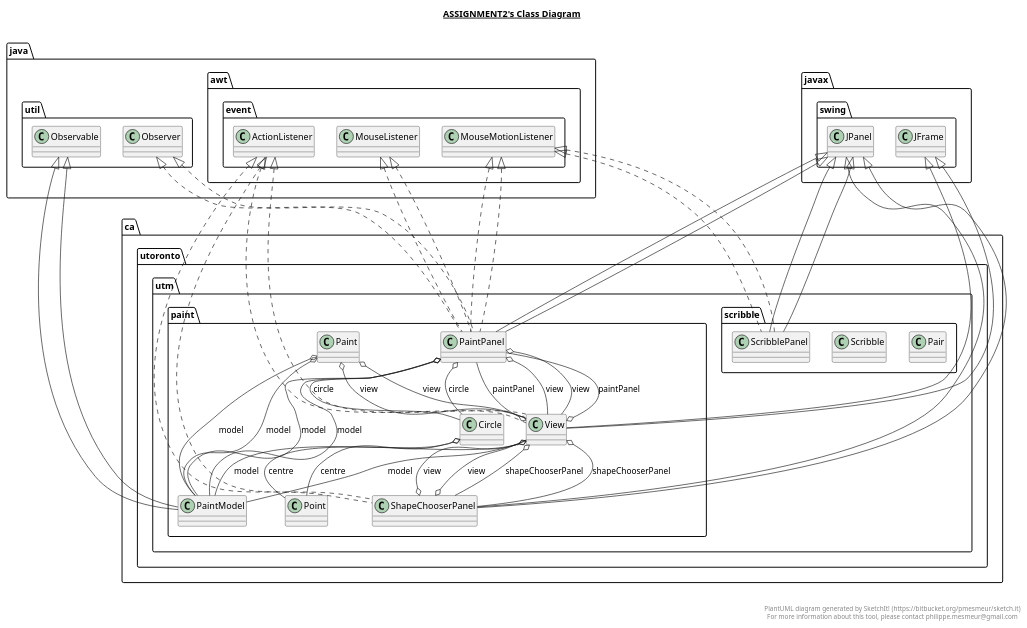
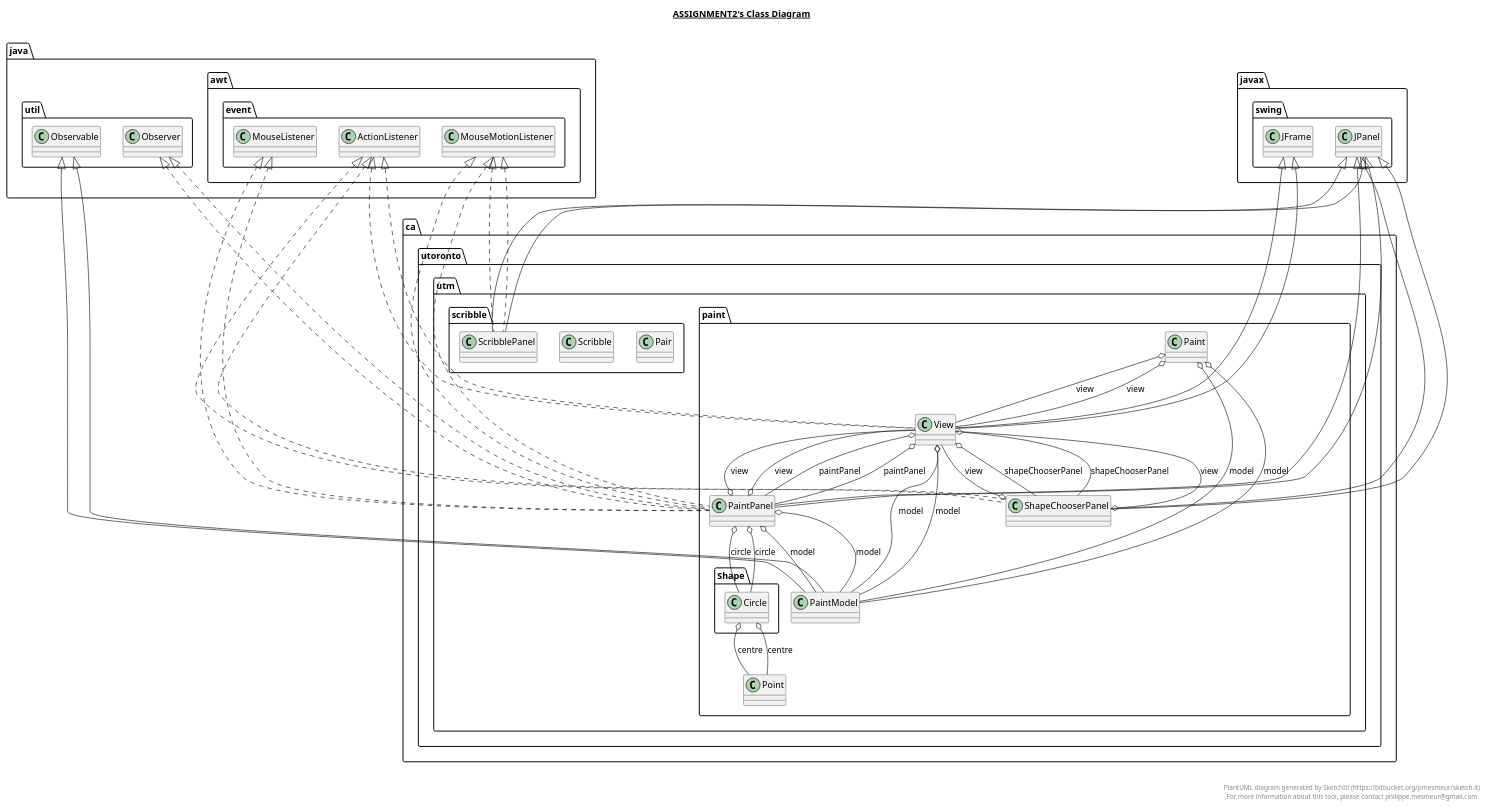
The diagram in Assignment2/Assignment2.plantuml (Lost-Accountant/CSC207), drawn with PlantUML before and after one commit. The commit also changed 24 other files, not shown here.

```diff
--- a/Assignment2/Assignment2.plantuml
+++ b/Assignment2/Assignment2.plantuml
@@ -1,176 +1,176 @@
 @startuml
 
 title __ASSIGNMENT2's Class Diagram__\n
 
   namespace ca.utoronto.utm.paint {
-    class ca.utoronto.utm.paint.Circle {
+    class ca.utoronto.utm.paint.Shape.Circle {
     }
   }
   
 
   namespace ca.utoronto.utm.paint {
-    class ca.utoronto.utm.paint.Circle {
+    class ca.utoronto.utm.paint.Shape.Circle {
     }
   }
   
 
   namespace ca.utoronto.utm.paint {
     class ca.utoronto.utm.paint.Paint {
     }
   }
   
 
   namespace ca.utoronto.utm.paint {
     class ca.utoronto.utm.paint.Paint {
     }
   }
   
 
   namespace ca.utoronto.utm.paint {
     class ca.utoronto.utm.paint.PaintModel {
     }
   }
   
 
   namespace ca.utoronto.utm.paint {
     class ca.utoronto.utm.paint.PaintModel {
     }
   }
   
 
   namespace ca.utoronto.utm.paint {
     class ca.utoronto.utm.paint.PaintPanel {
     }
   }
   
 
   namespace ca.utoronto.utm.paint {
     class ca.utoronto.utm.paint.PaintPanel {
     }
   }
   
 
   namespace ca.utoronto.utm.paint {
     class ca.utoronto.utm.paint.Point {
     }
   }
   
 
   namespace ca.utoronto.utm.paint {
     class ca.utoronto.utm.paint.Point {
     }
   }
   
 
   namespace ca.utoronto.utm.paint {
     class ca.utoronto.utm.paint.ShapeChooserPanel {
     }
   }
   
 
   namespace ca.utoronto.utm.paint {
     class ca.utoronto.utm.paint.ShapeChooserPanel {
     }
   }
   
 
   namespace ca.utoronto.utm.paint {
     class ca.utoronto.utm.paint.View {
     }
   }
   
 
   namespace ca.utoronto.utm.paint {
     class ca.utoronto.utm.paint.View {
     }
   }
   
 
   namespace ca.utoronto.utm.scribble {
     class ca.utoronto.utm.scribble.Pair {
     }
   }
   
 
   namespace ca.utoronto.utm.scribble {
     class ca.utoronto.utm.scribble.Pair {
     }
   }
   
 
   namespace ca.utoronto.utm.scribble {
     class ca.utoronto.utm.scribble.Scribble {
     }
   }
   
 
   namespace ca.utoronto.utm.scribble {
     class ca.utoronto.utm.scribble.Scribble {
     }
   }
   
 
   namespace ca.utoronto.utm.scribble {
     class ca.utoronto.utm.scribble.ScribblePanel {
     }
   }
   
 
   namespace ca.utoronto.utm.scribble {
     class ca.utoronto.utm.scribble.ScribblePanel {
     }
   }
   
 
-  ca.utoronto.utm.paint.Circle o-- ca.utoronto.utm.paint.Point : centre
-  ca.utoronto.utm.paint.Circle o-- ca.utoronto.utm.paint.Point : centre
+  ca.utoronto.utm.paint.Shape.Circle o-- ca.utoronto.utm.paint.Point : centre
+  ca.utoronto.utm.paint.Shape.Circle o-- ca.utoronto.utm.paint.Point : centre
   ca.utoronto.utm.paint.Paint o-- ca.utoronto.utm.paint.PaintModel : model
   ca.utoronto.utm.paint.Paint o-- ca.utoronto.utm.paint.View : view
   ca.utoronto.utm.paint.Paint o-- ca.utoronto.utm.paint.PaintModel : model
   ca.utoronto.utm.paint.Paint o-- ca.utoronto.utm.paint.View : view
   ca.utoronto.utm.paint.PaintModel -up-|> java.util.Observable
   ca.utoronto.utm.paint.PaintModel -up-|> java.util.Observable
   ca.utoronto.utm.paint.PaintPanel .up.|> java.awt.event.MouseListener
   ca.utoronto.utm.paint.PaintPanel .up.|> java.awt.event.MouseMotionListener
   ca.utoronto.utm.paint.PaintPanel .up.|> java.util.Observer
   ca.utoronto.utm.paint.PaintPanel -up-|> javax.swing.JPanel
-  ca.utoronto.utm.paint.PaintPanel o-- ca.utoronto.utm.paint.Circle : circle
+  ca.utoronto.utm.paint.PaintPanel o-- ca.utoronto.utm.paint.Shape.Circle : circle
   ca.utoronto.utm.paint.PaintPanel o-- ca.utoronto.utm.paint.PaintModel : model
   ca.utoronto.utm.paint.PaintPanel o-- ca.utoronto.utm.paint.View : view
   ca.utoronto.utm.paint.PaintPanel .up.|> java.awt.event.MouseListener
   ca.utoronto.utm.paint.PaintPanel .up.|> java.awt.event.MouseMotionListener
   ca.utoronto.utm.paint.PaintPanel .up.|> java.util.Observer
   ca.utoronto.utm.paint.PaintPanel -up-|> javax.swing.JPanel
-  ca.utoronto.utm.paint.PaintPanel o-- ca.utoronto.utm.paint.Circle : circle
+  ca.utoronto.utm.paint.PaintPanel o-- ca.utoronto.utm.paint.Shape.Circle : circle
   ca.utoronto.utm.paint.PaintPanel o-- ca.utoronto.utm.paint.PaintModel : model
   ca.utoronto.utm.paint.PaintPanel o-- ca.utoronto.utm.paint.View : view
   ca.utoronto.utm.paint.ShapeChooserPanel .up.|> java.awt.event.ActionListener
   ca.utoronto.utm.paint.ShapeChooserPanel -up-|> javax.swing.JPanel
   ca.utoronto.utm.paint.ShapeChooserPanel o-- ca.utoronto.utm.paint.View : view
   ca.utoronto.utm.paint.ShapeChooserPanel .up.|> java.awt.event.ActionListener
   ca.utoronto.utm.paint.ShapeChooserPanel -up-|> javax.swing.JPanel
   ca.utoronto.utm.paint.ShapeChooserPanel o-- ca.utoronto.utm.paint.View : view
   ca.utoronto.utm.paint.View .up.|> java.awt.event.ActionListener
   ca.utoronto.utm.paint.View -up-|> javax.swing.JFrame
   ca.utoronto.utm.paint.View o-- ca.utoronto.utm.paint.PaintModel : model
   ca.utoronto.utm.paint.View o-- ca.utoronto.utm.paint.PaintPanel : paintPanel
   ca.utoronto.utm.paint.View o-- ca.utoronto.utm.paint.ShapeChooserPanel : shapeChooserPanel
   ca.utoronto.utm.paint.View .up.|> java.awt.event.ActionListener
   ca.utoronto.utm.paint.View -up-|> javax.swing.JFrame
   ca.utoronto.utm.paint.View o-- ca.utoronto.utm.paint.PaintModel : model
   ca.utoronto.utm.paint.View o-- ca.utoronto.utm.paint.PaintPanel : paintPanel
   ca.utoronto.utm.paint.View o-- ca.utoronto.utm.paint.ShapeChooserPanel : shapeChooserPanel
   ca.utoronto.utm.scribble.ScribblePanel .up.|> java.awt.event.MouseMotionListener
   ca.utoronto.utm.scribble.ScribblePanel -up-|> javax.swing.JPanel
   ca.utoronto.utm.scribble.ScribblePanel .up.|> java.awt.event.MouseMotionListener
   ca.utoronto.utm.scribble.ScribblePanel -up-|> javax.swing.JPanel
 
 
 right footer
 
 
 PlantUML diagram generated by SketchIt! (https://bitbucket.org/pmesmeur/sketch.it)
 For more information about this tool, please contact philippe.mesmeur@gmail.com
 endfooter
 
 @enduml
```
